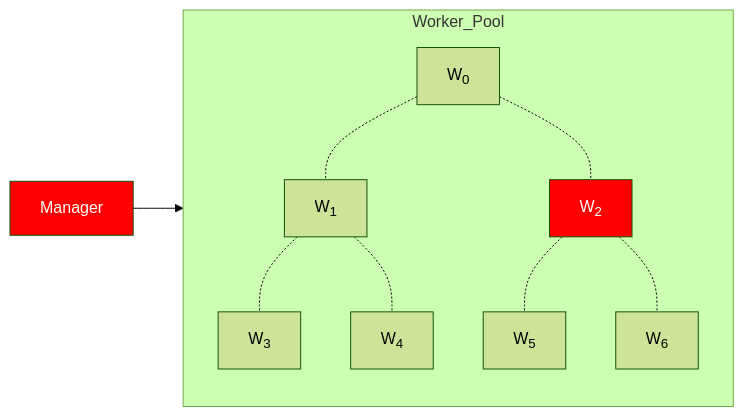
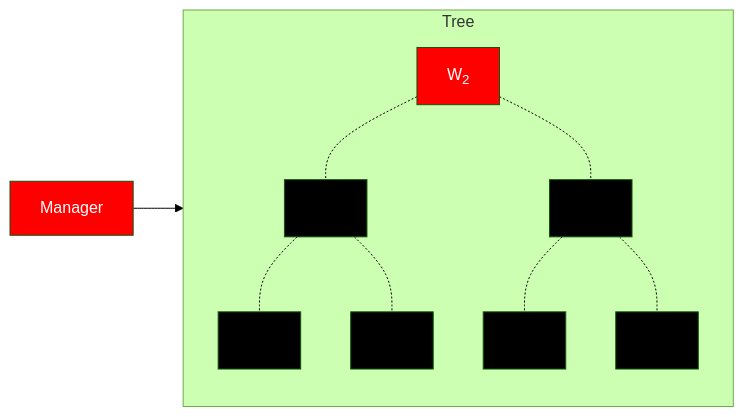
Before and after one commit to duclos-cavalcanti/TreeBuilder: the sixth of 6 diagrams in docs/slidev/slides/Workflow-2.0.md, drawn with Mermaid (forest theme). The commit also changed other lines of this file and 11 other files, not shown here.

````diff
--- a/docs/slidev/slides/Workflow-2.0.md
+++ b/docs/slidev/slides/Workflow-2.0.md
@@ -139,28 +178,33 @@
 ```mermaid
 graph LR 
     M[<font color=white>Manager]
     style M fill:#FF0000
-    subgraph Worker_Pool
+    subgraph Tree
         direction TB
-        W0["W<sub>0</sub>"] 
-        W1["W<sub>1</sub>"]
-        W2["<font color=white>W<sub>2</sub>"]
-        W3["W<sub>3</sub>"]
-        W4["W<sub>4</sub>"]
-        W5["W<sub>5</sub>"]
-        W6["W<sub>6</sub>"]
-
-        style W2 fill:#FF0000
+        W0["<font color=white>W<sub>2</sub>"]
+        W1["<font color=black>W<sub>1</sub>"]
+        W2["<font color=black>W<sub>2</sub>"]
+        W3["<font color=black>W<sub>3</sub>"]
+        W4["<font color=black>W<sub>4</sub>"]
+        W5["<font color=black>W<sub>5</sub>"]
+        W6["<font color=black>W<sub>6</sub>"]
 
         W0 -.- W1
         W0 -.- W2
 
         W1 -.- W3
         W1 -.- W4
 
         W2 -.- W5
         W2 -.- W6
 
+        style W0 fill:#FF0000
+        style W1 fill:#000000
+        style W2 fill:#000000
+        style W3 fill:#000000
+        style W4 fill:#000000
+        style W5 fill:#000000
+        style W6 fill:#000000
     end
-    M --> Worker_Pool
+    M --> Tree
 ```
````
